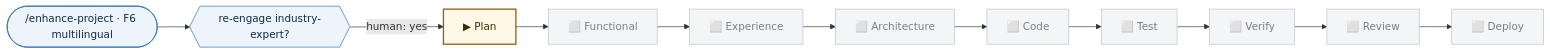
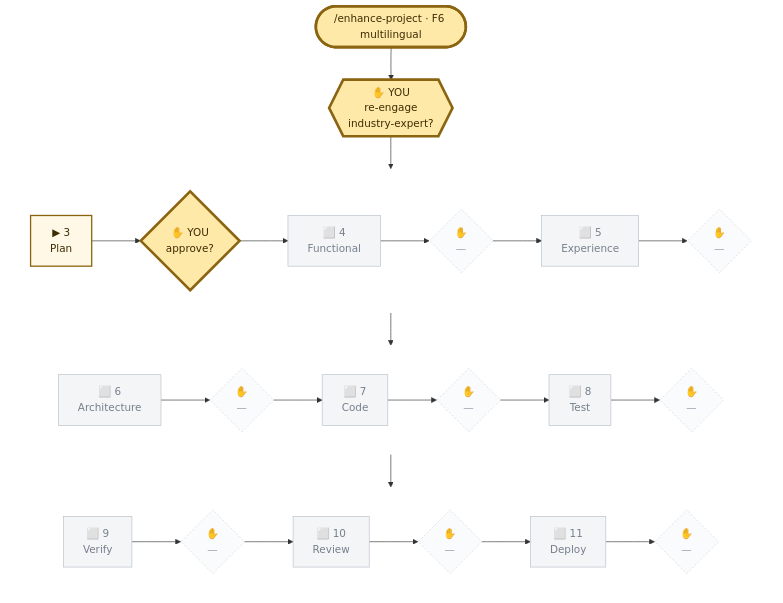
Before and after one commit to tandonakhil/AICluadeCode: the sixth of 7 diagrams in admin/samples/PIPELINE_WALKTHROUGH.md, drawn with Mermaid. The commit also changed other lines of this file and 5 other files, not shown here.

First line of the commit message:
Graph: wrap at 7 boxes, human checkpoints as activated steps, mandatory control

````diff
--- a/admin/samples/PIPELINE_WALKTHROUGH.md
+++ b/admin/samples/PIPELINE_WALKTHROUGH.md
@@ -353,15 +491,33 @@
 ```mermaid
-flowchart LR
-  S(["/enhance-project · F6 multilingual"]) --> R{{"re-engage industry-expert?"}}
-  R -->|"human: yes"| E3["▶ Plan"]
-  E3 --> E4["⬜ Functional"] --> E5["⬜ Experience"]
-  E5 --> E6["⬜ Architecture"] --> E7["⬜ Code"] --> E8["⬜ Test"]
-  E8 --> E9["⬜ Verify"] --> E10["⬜ Review"] --> E11["⬜ Deploy"]
-
+flowchart TB
+  S(["/enhance-project · F6 multilingual"]) --> RE{{"✋ YOU<br/>re-engage<br/>industry-expert?"}} --> E3
+  class S,RE hwait
+  subgraph r1 [" "]
+    direction LR
+    E3["▶ 3<br/>Plan"] --> A3{"✋ YOU<br/>approve?"} --> E4["⬜ 4<br/>Functional"] --> A4{"✋<br/>—"} --> E5["⬜ 5<br/>Experience"] --> A5{"✋<br/>—"}
+  end
+  subgraph r2 [" "]
+    direction LR
+    E6["⬜ 6<br/>Architecture"] --> A6{"✋<br/>—"} --> E7["⬜ 7<br/>Code"] --> A7{"✋<br/>—"} --> E8["⬜ 8<br/>Test"] --> A8{"✋<br/>—"}
+  end
+  subgraph r3 [" "]
+    direction LR
+    E9["⬜ 9<br/>Verify"] --> A9{"✋<br/>—"} --> E10["⬜ 10<br/>Review"] --> A10{"✋<br/>—"} --> E11["⬜ 11<br/>Deploy"] --> A11{"✋<br/>—"}
+  end
+  A5 --> E6
+  A8 --> E9
+  classDef done    fill:#eef6ef,stroke:#2f6f43,color:#123021
   classDef active  fill:#fff8e6,stroke:#8a6410,stroke-width:2px,color:#3d2c04
+  classDef looped  fill:#fdf0ec,stroke:#a3341f,stroke-width:2px,color:#3d1109
   classDef pending fill:#f4f5f7,stroke:#b8bfc9,color:#767f8d
-  classDef term    fill:#eef4fb,stroke:#2b6cb0,color:#0f2b46
+  classDef hdone   fill:#dcefe2,stroke:#2f6f43,color:#123021
+  classDef hwait   fill:#ffe9a8,stroke:#8a6410,stroke-width:4px,color:#3d2c04
+  classDef hpend   fill:#fafbfc,stroke:#cfd5dd,color:#98a1ad,stroke-dasharray:3 3
+  classDef note    fill:#fff8e6,stroke:#8a6410,color:#3d2c04
+  classDef rowbox  fill:none,stroke:none
   class E3 active
+  class A3 hwait
   class E4,E5,E6,E7,E8,E9,E10,E11 pending
-  class S,R term
+  class A4,A5,A6,A7,A8,A9,A10,A11 hpend
+  class r1,r2,r3 rowbox
 ```
````
